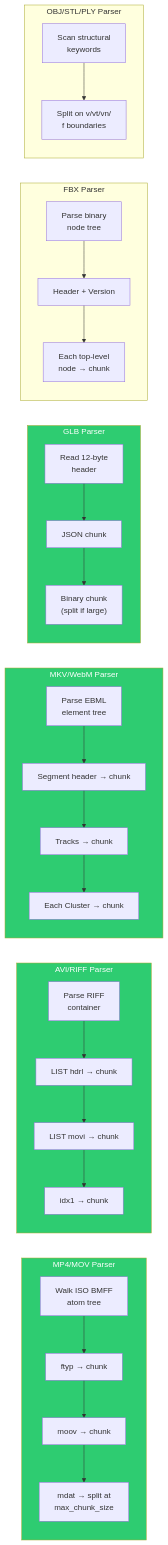
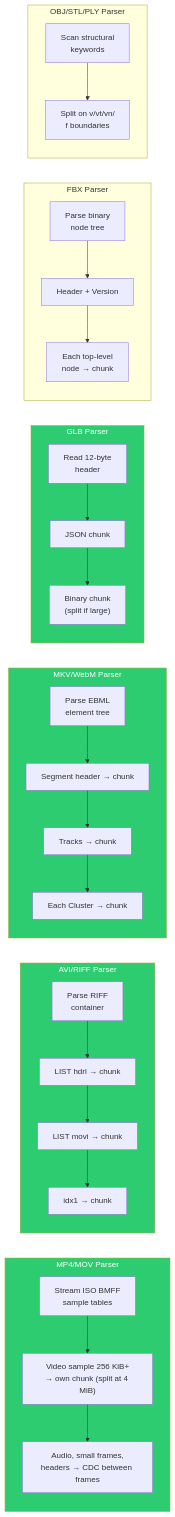
The third of 3 diagrams in SUPPORTED_FORMATS.md (winnyboy5/mediagit-core), drawn with Mermaid before and after one commit. The commit also changed other lines of this file and 7 other files, not shown here.

````diff
--- a/SUPPORTED_FORMATS.md
+++ b/SUPPORTED_FORMATS.md
@@ -480,39 +482,38 @@
 ```mermaid
 graph LR
     subgraph MP4["MP4/MOV Parser"]
-        A1["Walk ISO BMFF<br/>atom tree"] --> B1["ftyp → chunk"]
-        B1 --> C1["moov → chunk"]
-        C1 --> D1["mdat → split at<br/>max_chunk_size"]
+        A1["Stream ISO BMFF<br/>sample tables"] --> B1["Video sample 256 KiB+<br/>→ own chunk (split at 4 MiB)"]
+        B1 --> C1["Audio, small frames,<br/>headers → CDC between frames"]
     end
 
     subgraph RIFF["AVI/RIFF Parser"]
         A2["Parse RIFF<br/>container"] --> B2["LIST hdrl → chunk"]
         B2 --> C2["LIST movi → chunk"]
         C2 --> D2["idx1 → chunk"]
     end
 
     subgraph EBML["MKV/WebM Parser"]
         A3["Parse EBML<br/>element tree"] --> B3["Segment header → chunk"]
         B3 --> C3["Tracks → chunk"]
         C3 --> D3["Each Cluster → chunk"]
     end
 
     subgraph GLB["GLB Parser"]
         A4["Read 12-byte<br/>header"] --> B4["JSON chunk"]
         B4 --> C4["Binary chunk<br/>(split if large)"]
     end
 
     subgraph FBX["FBX Parser"]
         A5["Parse binary<br/>node tree"] --> B5["Header + Version"]
         B5 --> C5["Each top-level<br/>node → chunk"]
     end
 
     subgraph Text3D["OBJ/STL/PLY Parser"]
         A6["Scan structural<br/>keywords"] --> B6["Split on v/vt/vn/<br/>f boundaries"]
     end
 
     style MP4 fill:#2ECC71,color:#fff
     style RIFF fill:#2ECC71,color:#fff
     style EBML fill:#2ECC71,color:#fff
     style GLB fill:#2ECC71,color:#fff
 ```
````
